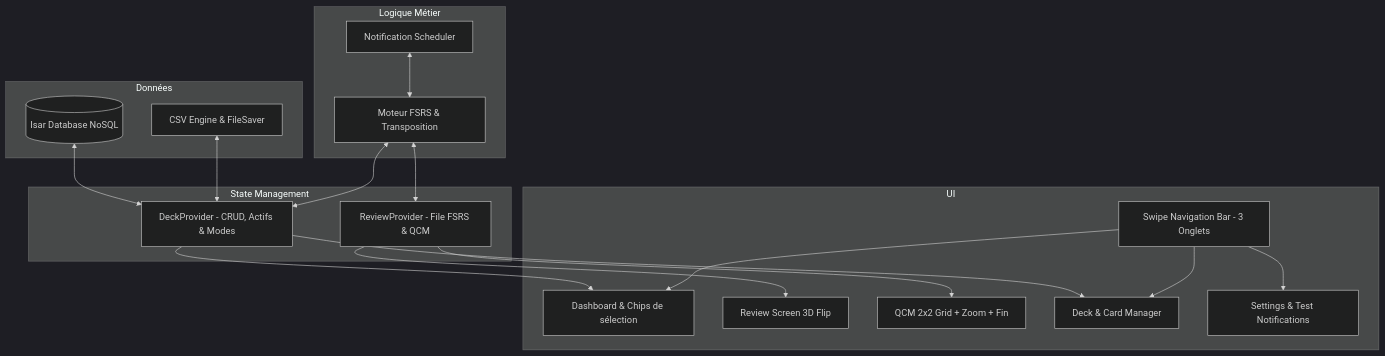
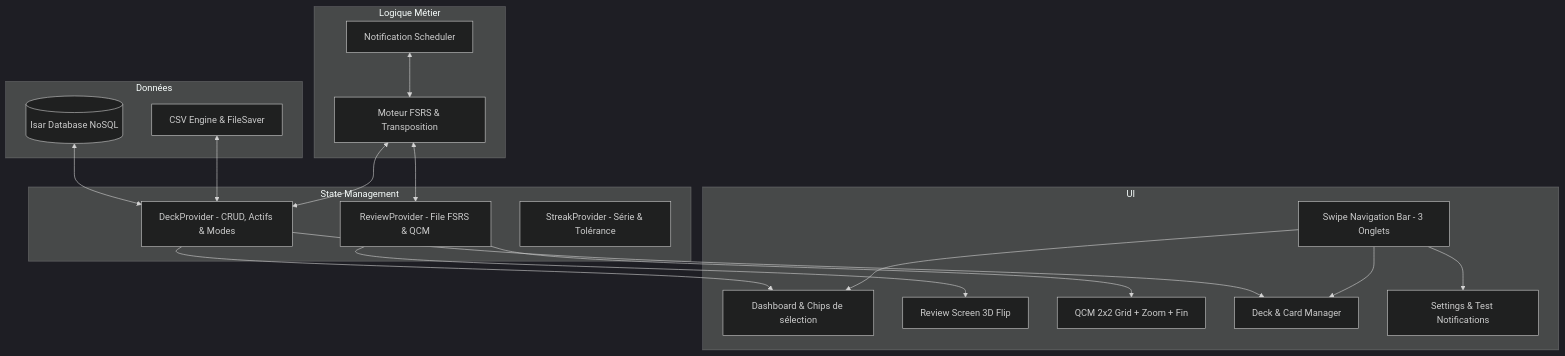
The diagram in README.md (Tahlasandale/L_E_A_R_N), drawn with Mermaid (dark theme) before and after one commit. The commit also changed other lines of this file and 17 other files, not shown here.

````diff
--- a/README.md
+++ b/README.md
@@ -121,36 +133,37 @@
 ```mermaid
 flowchart TD
     subgraph Données
         Isar[(Isar Database NoSQL)]
         CSVIO[CSV Engine & FileSaver]
     end
 
     subgraph Logique Métier
         FSRSEngine[Moteur FSRS & Transposition]
         NotifService[Notification Scheduler]
     end
 
     subgraph State Management
         DeckProvider[DeckProvider - CRUD, Actifs & Modes]
         ReviewProvider[ReviewProvider - File FSRS & QCM]
+        StreakProvider[StreakProvider - Série & Tolérance]
     end
 
     subgraph UI
         Nav[Swipe Navigation Bar - 3 Onglets]
         Dash[Dashboard & Chips de sélection]
         Classic[Review Screen 3D Flip]
         QCM[QCM 2x2 Grid + Zoom + Fin]
         Manager[Deck & Card Manager]
         Settings[Settings & Test Notifications]
     end
 
     Isar <--> DeckProvider
     CSVIO <--> DeckProvider
     FSRSEngine <--> ReviewProvider
     FSRSEngine <--> DeckProvider
     NotifService <--> FSRSEngine
     
     DeckProvider --> Dash & Manager
     ReviewProvider --> Classic & QCM
     Nav --> Dash & Manager & Settings
 ```
````
